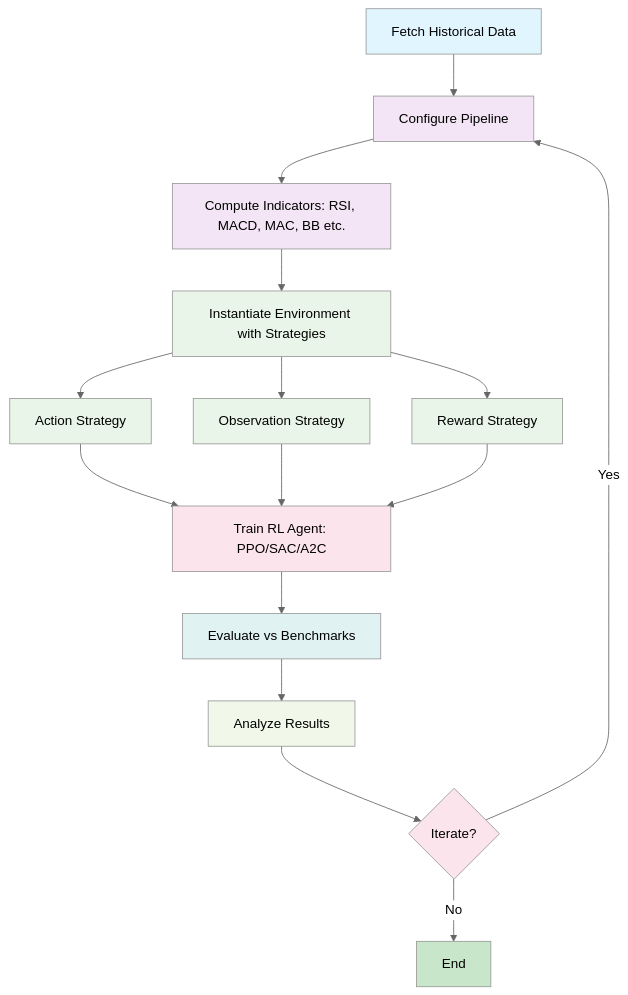
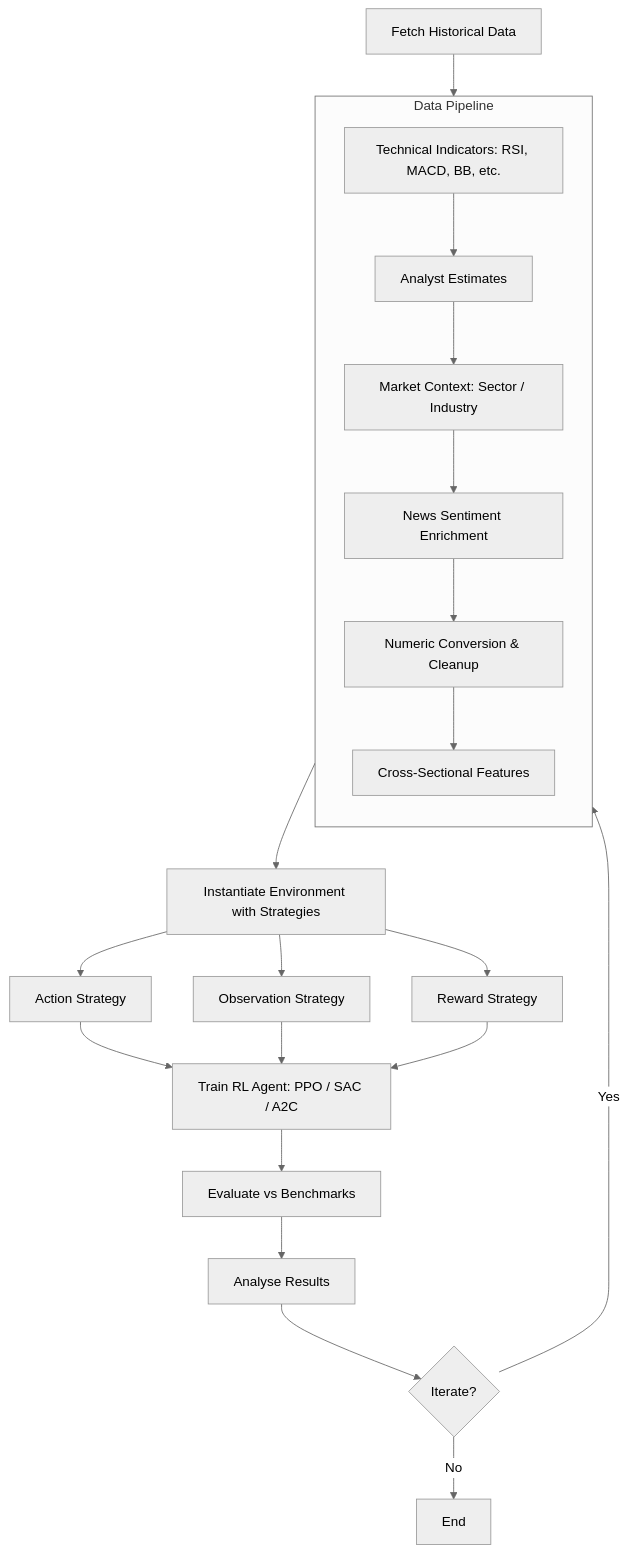
Before and after one commit to edu-ai/QuantRL-Lab: the diagram in README.md, drawn with Mermaid (neutral theme). The commit also changed other lines of this file and 6 other files, not shown here.

````diff
--- a/README.md
+++ b/README.md
@@ -78,38 +58,26 @@
 ```mermaid
 flowchart TB
-    A[Fetch Historical Data] --> B[Configure Pipeline]
+    A[Fetch Historical Data] --> B[Data Pipeline]
 
-    B --> C[Compute Indicators: RSI, MACD, MAC, BB etc.]
+    subgraph B[Data Pipeline]
+        direction TB
+        P1[Technical Indicators: RSI, MACD, BB, etc.] --> P2[Analyst Estimates]
+        P2 --> P3[Market Context: Sector / Industry]
+        P3 --> P4[News Sentiment Enrichment]
+        P4 --> P5[Numeric Conversion & Cleanup]
+        P5 --> P6[Cross-Sectional Features]
+    end
 
-    C --> D[Instantiate Environment with Strategies]
-
+    B --> D[Instantiate Environment with Strategies]
     D --> E[Action Strategy]
     D --> F[Observation Strategy]
     D --> G[Reward Strategy]
-
     E --> H
     F --> H
     G --> H
-
-    H[Train RL Agent: PPO/SAC/A2C] --> I[Evaluate vs Benchmarks]
-
-    I --> J[Analyze Results]
-
+    H[Train RL Agent: PPO / SAC / A2C] --> I[Evaluate vs Benchmarks]
+    I --> J[Analyse Results]
     J --> K{Iterate?}
-
     K -->|Yes| B
     K -->|No| L[End]
-
-    style A fill:#e1f5fe
-    style B fill:#f3e5f5
-    style C fill:#f3e5f5
-    style D fill:#e8f5e8
-    style E fill:#e8f5e8
-    style F fill:#e8f5e8
-    style G fill:#e8f5e8
-    style H fill:#fce4ec
-    style I fill:#e0f2f1
-    style J fill:#f1f8e9
-    style K fill:#fce4ec
-    style L fill:#c8e6c9
 ```
````
